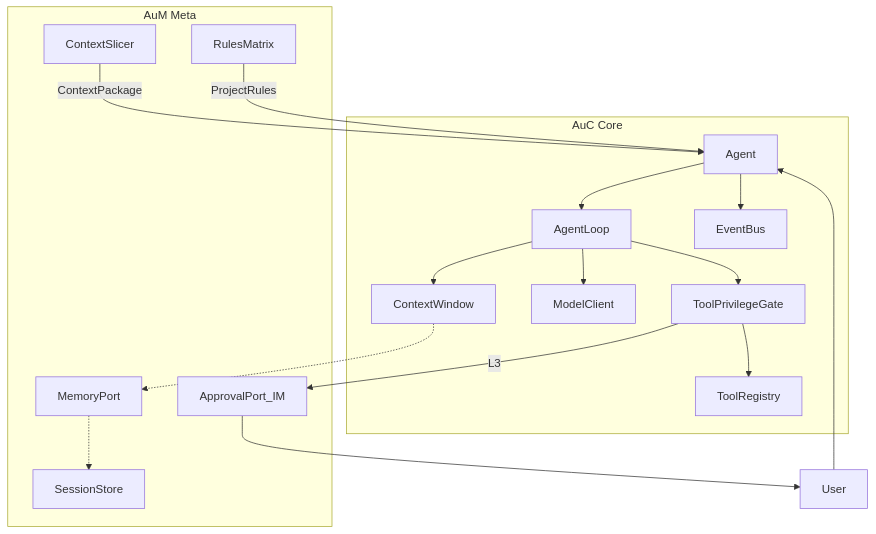
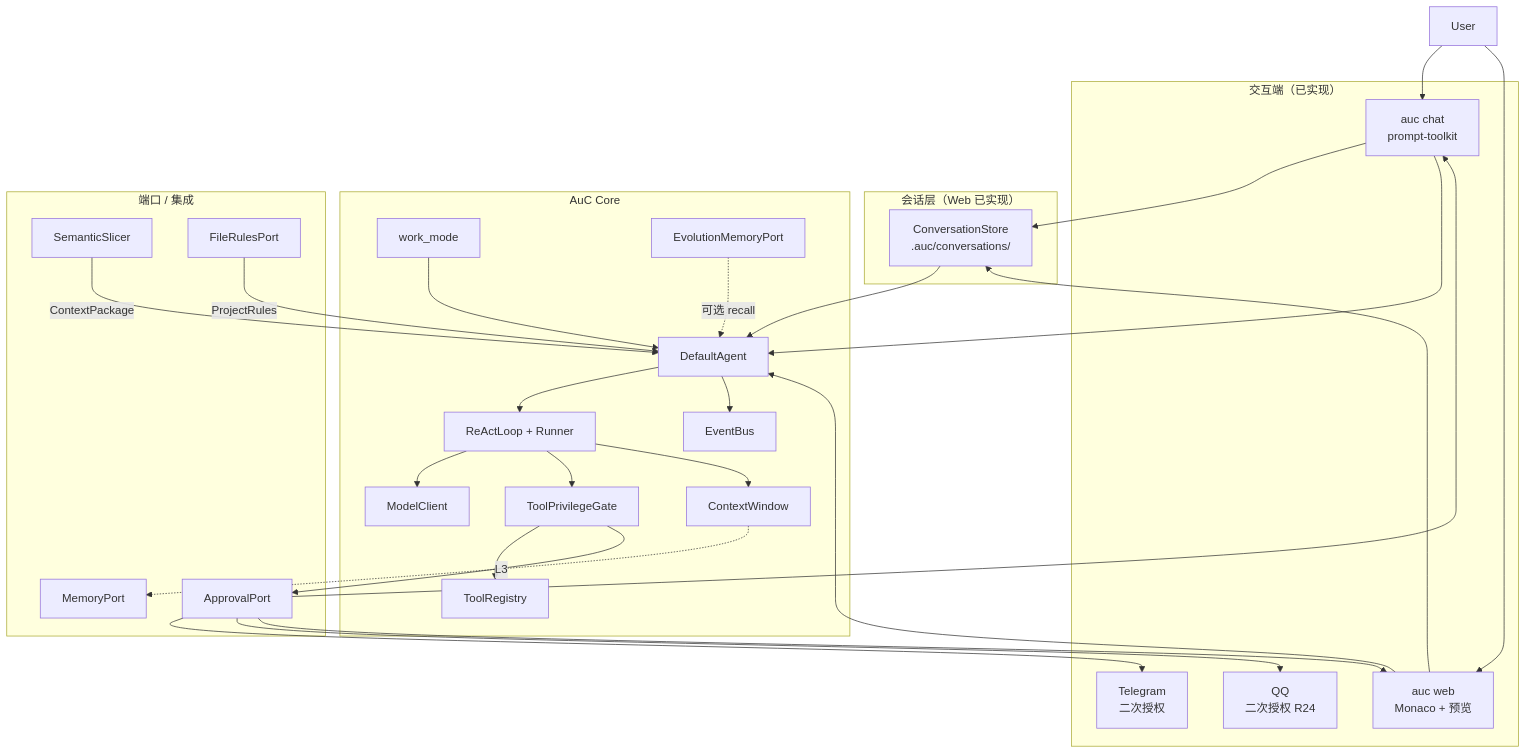
The first of 2 diagrams in docs/architecture.md (ufy2024/AuC), drawn with Mermaid before and after one commit. The commit also changed other lines of this file and 98 other files, not shown here.

First line of the commit message:
feat: v0.2.4 Web UI, QQ approval, tooling, and 80% test coverage

````diff
--- a/docs/architecture.md
+++ b/docs/architecture.md
@@ -20,32 +22,53 @@
 ```mermaid
 flowchart TB
+  subgraph clients ["交互端（已实现）"]
+    CLI["auc chat<br/>prompt-toolkit"]
+    Web["auc web<br/>Monaco + 预览"]
+    TG["Telegram<br/>二次授权"]
+    QQ["QQ<br/>二次授权 R24"]
+  end
+
+  subgraph session ["会话层（Web 已实现）"]
+    Conv["ConversationStore<br/>.auc/conversations/"]
+  end
+
   subgraph auc [AuC Core]
-    Agent[Agent]
-    Loop[AgentLoop]
+    Agent[DefaultAgent]
+    Loop[ReActLoop + Runner]
     Tools[ToolRegistry]
     Gate[ToolPrivilegeGate]
     LLM[ModelClient]
     Ctx[ContextWindow]
     Events[EventBus]
+    WM[work_mode]
+    Evo[EvolutionMemoryPort]
   end
-  subgraph aum [AuM Meta]
+
+  subgraph ports [端口 / 集成]
     MemPort[MemoryPort]
-    Slicer[ContextSlicer]
-    Rules[RulesMatrix]
-    Approval[ApprovalPort_IM]
-    Store[SessionStore]
+    Slicer[SemanticSlicer]
+    Rules[FileRulesPort]
+    Approval[ApprovalPort]
   end
-  User --> Agent
+
+  User --> CLI & Web
+  CLI & Web --> Conv
+  Conv --> Agent
+  CLI & Web --> Agent
   Slicer -->|ContextPackage| Agent
   Rules -->|ProjectRules| Agent
+  Evo -.->|可选 recall| Agent
   Agent --> Loop
   Loop --> LLM
   Loop --> Gate
   Gate --> Tools
   Loop --> Ctx
   Agent --> Events
+  WM --> Agent
   Gate -->|L3| Approval
-  Approval --> User
+  Approval --> TG
+  Approval --> QQ
+  Approval --> Web
+  Approval --> CLI
   Ctx -.-> MemPort
-  MemPort -.-> Store
 ```
````
